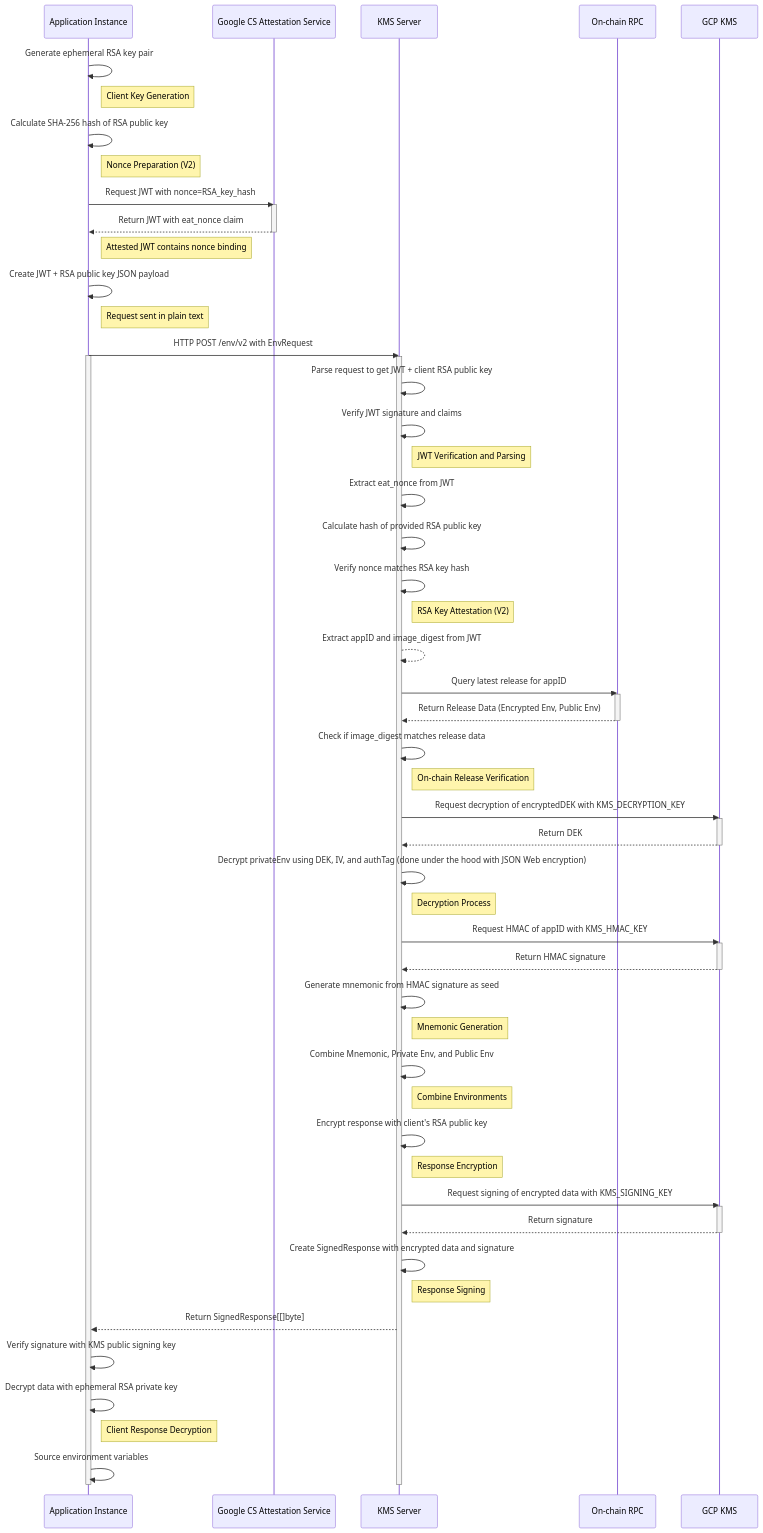
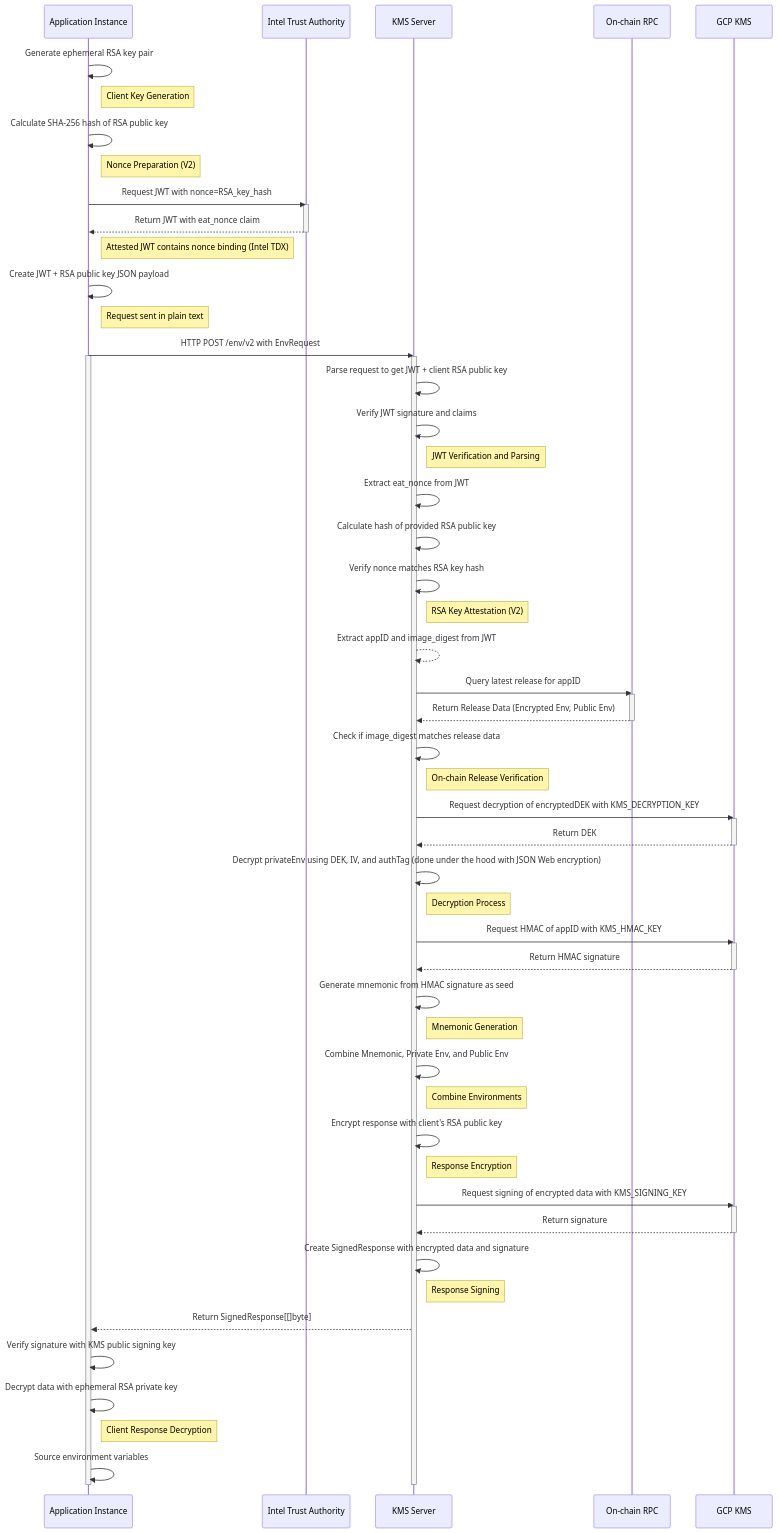
The second of 2 diagrams in kms.md (Layr-Labs/eigenx-kms), drawn with Mermaid before and after one commit. The commit also changed other lines of this file and 6 other files, not shown here.

Commit message:
feat: intel jwt

````diff
--- a/kms.md
+++ b/kms.md
@@ -33,7 +33,7 @@
 ```mermaid
 sequenceDiagram
     participant AppInstance as Application Instance
-    participant AttestService as Google CS Attestation Service
+    participant AttestService as Intel Trust Authority
     participant KMS as KMS Server
     participant OnChainRPC as On-chain RPC
     participant GCPKMS as GCP KMS
@@ -48,7 +48,7 @@
     activate AttestService
     AttestService-->>AppInstance: Return JWT with eat_nonce claim
     deactivate AttestService
-    note right of AppInstance: Attested JWT contains nonce binding
+    note right of AppInstance: Attested JWT contains nonce binding (Intel TDX)
 
     AppInstance->>AppInstance: Create JWT + RSA public key JSON payload
     note right of AppInstance: Request sent in plain text
````
